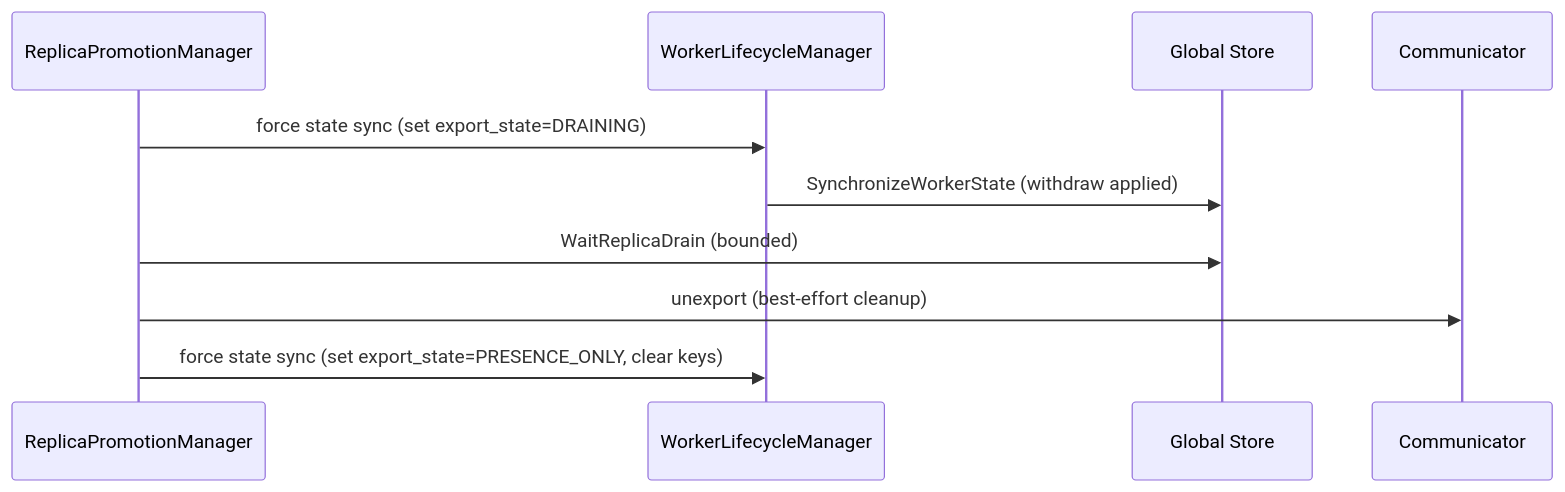
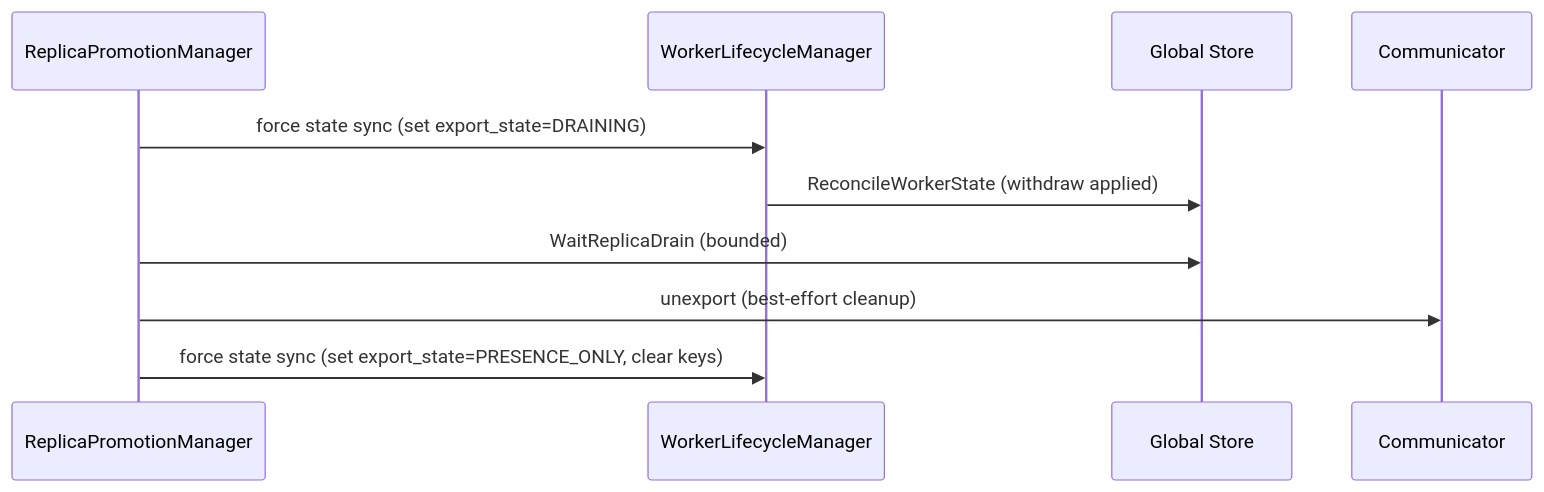
The third of 3 diagrams in docs/designs/0072-replica-promotion-export.md (tensorcast-ai/tensorcast), drawn with Mermaid before and after one commit. The commit also changed other lines of this file and 44 other files, not shown here.

````diff
--- a/docs/designs/0072-replica-promotion-export.md
+++ b/docs/designs/0072-replica-promotion-export.md
@@ -337,13 +337,13 @@
 ```mermaid
 sequenceDiagram
   participant PM as ReplicaPromotionManager
   participant HA as WorkerLifecycleManager
   participant GS as Global Store
   participant COMM as Communicator
 
   PM->>HA: force state sync (set export_state=DRAINING)
-  HA->>GS: SynchronizeWorkerState (withdraw applied)
+  HA->>GS: ReconcileWorkerState (withdraw applied)
   PM->>GS: WaitReplicaDrain (bounded)
   PM->>COMM: unexport (best-effort cleanup)
   PM->>HA: force state sync (set export_state=PRESENCE_ONLY, clear keys)
 ```
````
